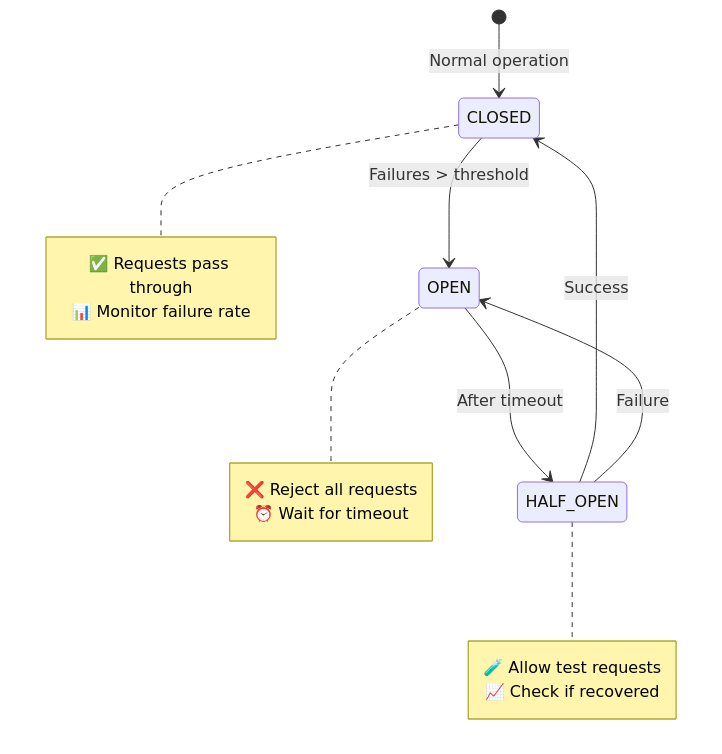
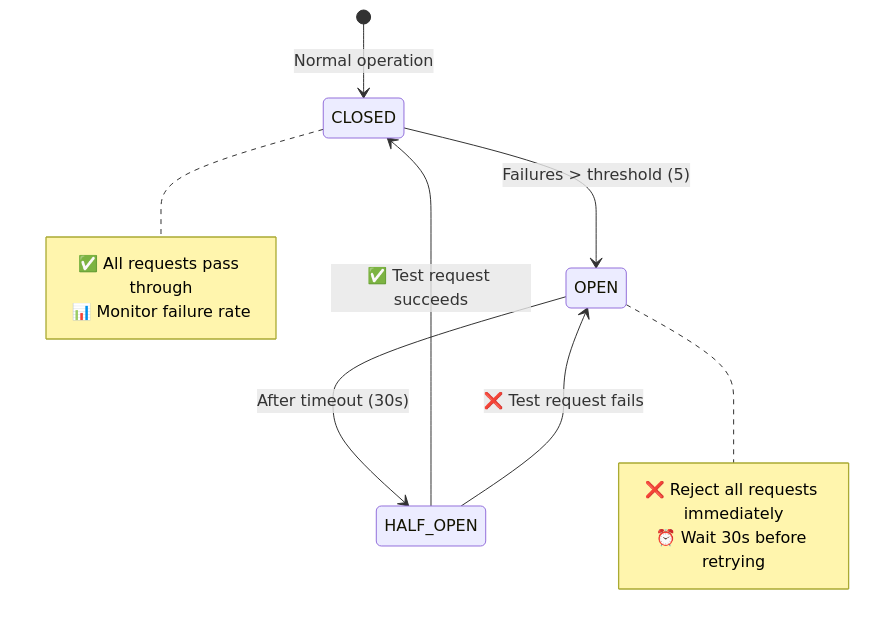
One commit to pankajshakya627/Airbnb changed the eighth of 11 diagrams in docs/HLD.md. Above: the diagram before and after it, drawn with Mermaid. The commit also changed other lines of this file, not shown here.

````diff
--- a/docs/HLD.md
+++ b/docs/HLD.md
@@ -1210,24 +789,19 @@
 ```mermaid
 stateDiagram-v2
     [*] --> CLOSED: Normal operation
 
-    CLOSED --> OPEN: Failures > threshold
-    OPEN --> HALF_OPEN: After timeout
-    HALF_OPEN --> CLOSED: Success
-    HALF_OPEN --> OPEN: Failure
+    CLOSED --> OPEN: Failures > threshold (5)
+    OPEN --> HALF_OPEN: After timeout (30s)
+    HALF_OPEN --> CLOSED: ✅ Test request succeeds
+    HALF_OPEN --> OPEN: ❌ Test request fails
 
     note right of CLOSED
-        ✅ Requests pass through
+        ✅ All requests pass through
         📊 Monitor failure rate
     end note
 
     note right of OPEN
-        ❌ Reject all requests
-        ⏰ Wait for timeout
-    end note
-
-    note right of HALF_OPEN
-        🧪 Allow test requests
-        📈 Check if recovered
+        ❌ Reject all requests immediately
+        ⏰ Wait 30s before retrying
     end note
 ```
````
